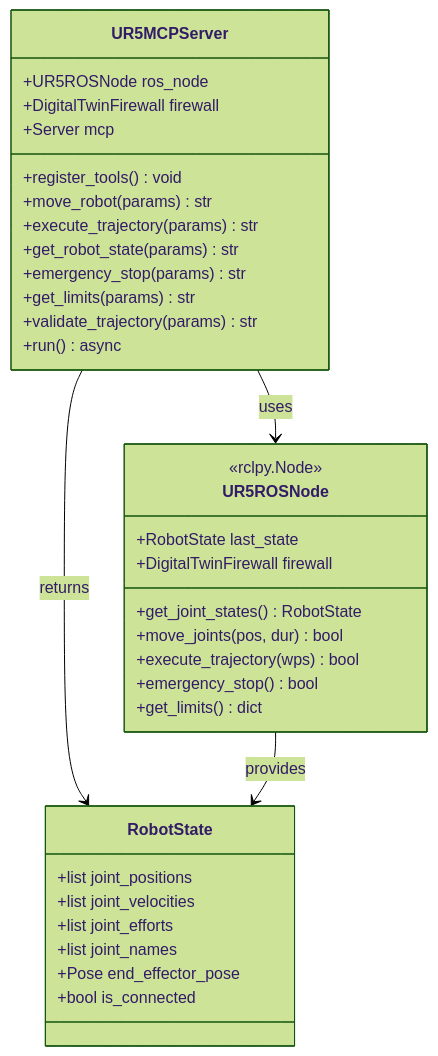
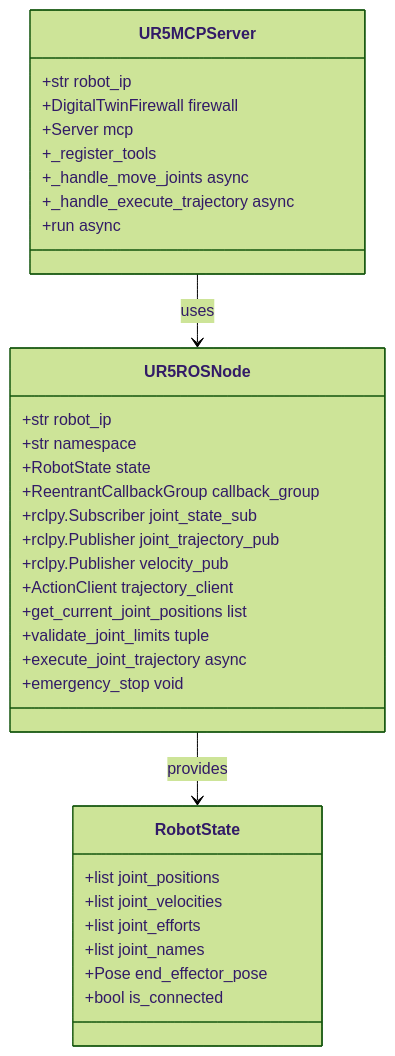
Before and after one commit to yongqingzs/legged_docs: the eighth of 17 diagrams in robot-agents/rosclaw/ANALYSIS.md, drawn with Mermaid (forest theme). The commit also changed other lines of this file and 2 other files, not shown here.

Commit message:
feat: update robot-agents.

````diff
--- a/robot-agents/rosclaw/ANALYSIS.md
+++ b/robot-agents/rosclaw/ANALYSIS.md
@@ -372,40 +407,39 @@
 ```mermaid
 classDiagram
+    class UR5ROSNode {
+        +str robot_ip
+        +str namespace
+        +RobotState state
+        +ReentrantCallbackGroup callback_group
+        +rclpy.Subscriber joint_state_sub
+        +rclpy.Publisher joint_trajectory_pub
+        +rclpy.Publisher velocity_pub
+        +ActionClient trajectory_client
+        +get_current_joint_positions list
+        +validate_joint_limits tuple
+        +execute_joint_trajectory async
+        +emergency_stop void
+    }
+
     class UR5MCPServer {
-        +UR5ROSNode ros_node
+        +str robot_ip
         +DigitalTwinFirewall firewall
         +Server mcp
-        +register_tools() void
-        +move_robot(params) str
-        +execute_trajectory(params) str
-        +get_robot_state(params) str
-        +emergency_stop(params) str
-        +get_limits(params) str
-        +validate_trajectory(params) str
-        +run() async
-    }
-
-    class UR5ROSNode {
-        <<rclpy.Node>>
-        +RobotState last_state
-        +DigitalTwinFirewall firewall
-        +get_joint_states() RobotState
-        +move_joints(pos, dur) bool
-        +execute_trajectory(wps) bool
-        +emergency_stop() bool
-        +get_limits() dict
+        +_register_tools
+        +_handle_move_joints async
+        +_handle_execute_trajectory async
+        +run async
     }
 
     class RobotState {
         +list joint_positions
         +list joint_velocities
         +list joint_efforts
         +list joint_names
         +Pose end_effector_pose
         +bool is_connected
     }
 
     UR5MCPServer --> UR5ROSNode : uses
-    UR5MCPServer --> RobotState : returns
     UR5ROSNode --> RobotState : provides
 ```
````
